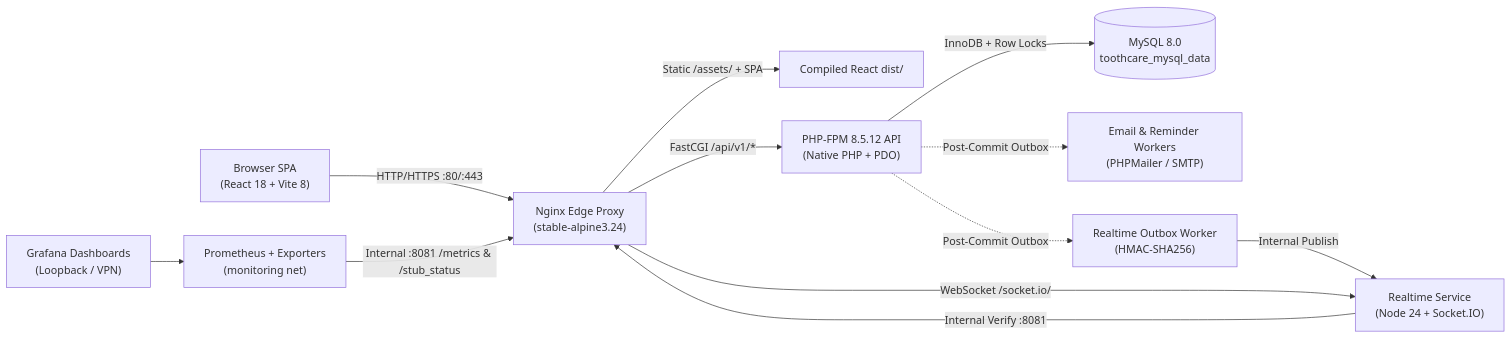
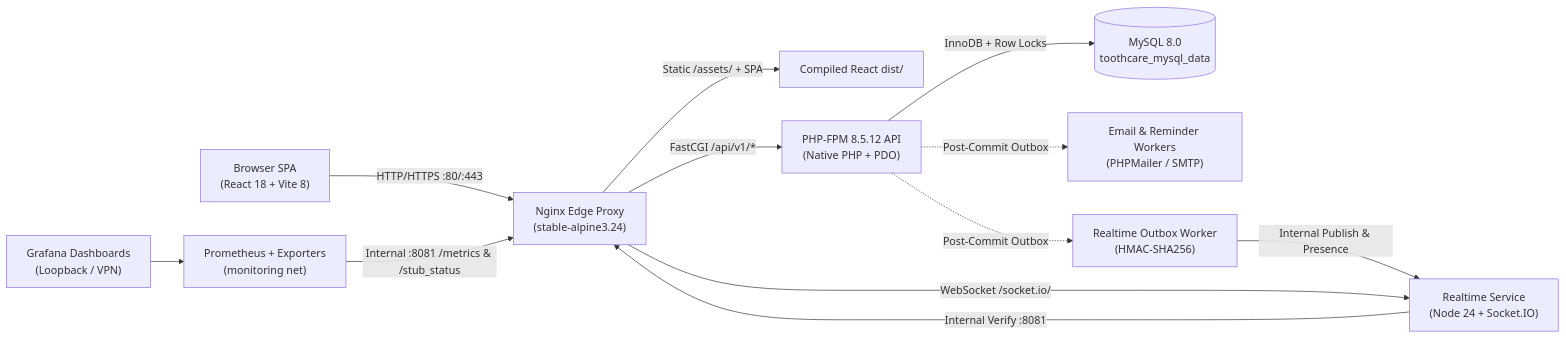
The diagram in README.md (JeriStack/ToothCare-Hub), drawn with Mermaid before and after one commit. The commit also changed other lines of this file, not shown here.

First line of the commit message:
docs(readme): remove setup/index sections and update architecture overview

````diff
--- a/README.md
+++ b/README.md
@@ -67,14 +66,14 @@
 ```mermaid
 flowchart LR
     Browser["Browser SPA<br/>(React 18 + Vite 8)"] -->|"HTTP/HTTPS :80/:443"| Nginx["Nginx Edge Proxy<br/>(stable-alpine3.24)"]
     Nginx -->|"Static /assets/ + SPA"| Dist["Compiled React dist/"]
     Nginx -->|"FastCGI /api/v1/*"| PHP["PHP-FPM 8.5.12 API<br/>(Native PHP + PDO)"]
     Nginx -->|"WebSocket /socket.io/"| RT["Realtime Service<br/>(Node 24 + Socket.IO)"]
     PHP -->|"InnoDB + Row Locks"| DB[("MySQL 8.0<br/>toothcare_mysql_data")]
     PHP -.->|"Post-Commit Outbox"| EmailW["Email & Reminder Workers<br/>(PHPMailer / SMTP)"]
     PHP -.->|"Post-Commit Outbox"| RTW["Realtime Outbox Worker<br/>(HMAC-SHA256)"]
-    RTW -->|"Internal Publish"| RT
+    RTW -->|"Internal Publish & Presence"| RT
     RT -->|"Internal Verify :8081"| Nginx
     Prom["Prometheus + Exporters<br/>(monitoring net)"] -->|"Internal :8081 /metrics & /stub_status"| Nginx
     Grafana["Grafana Dashboards<br/>(Loopback / VPN)"] --> Prom
 ```
````
